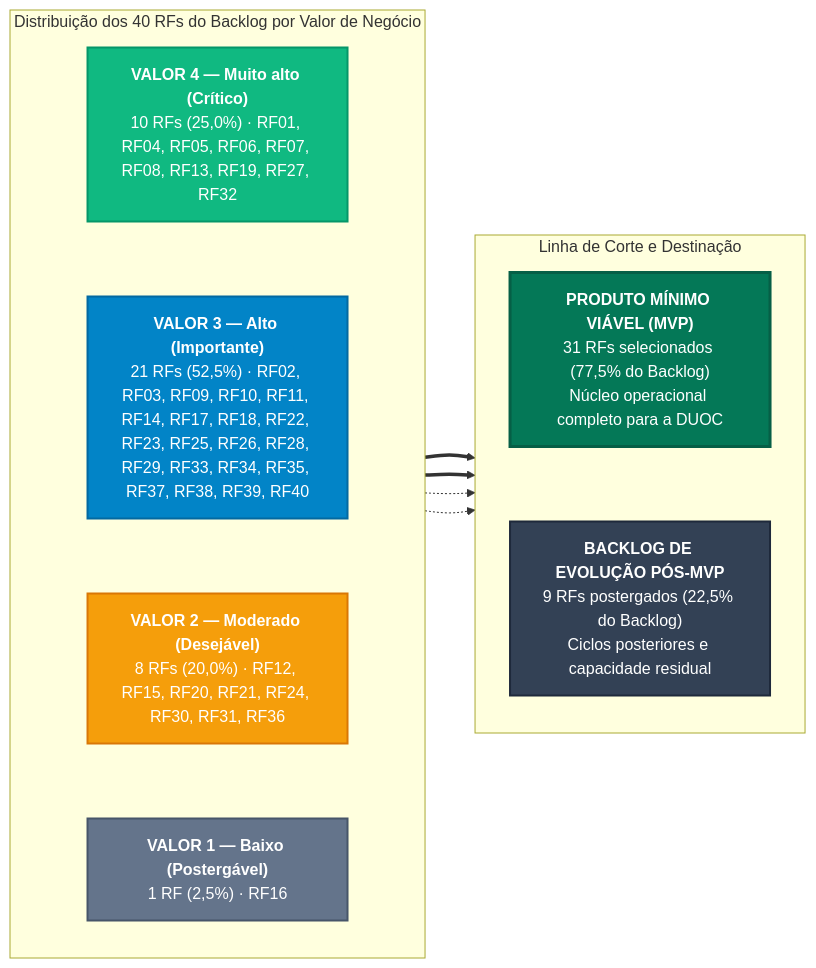
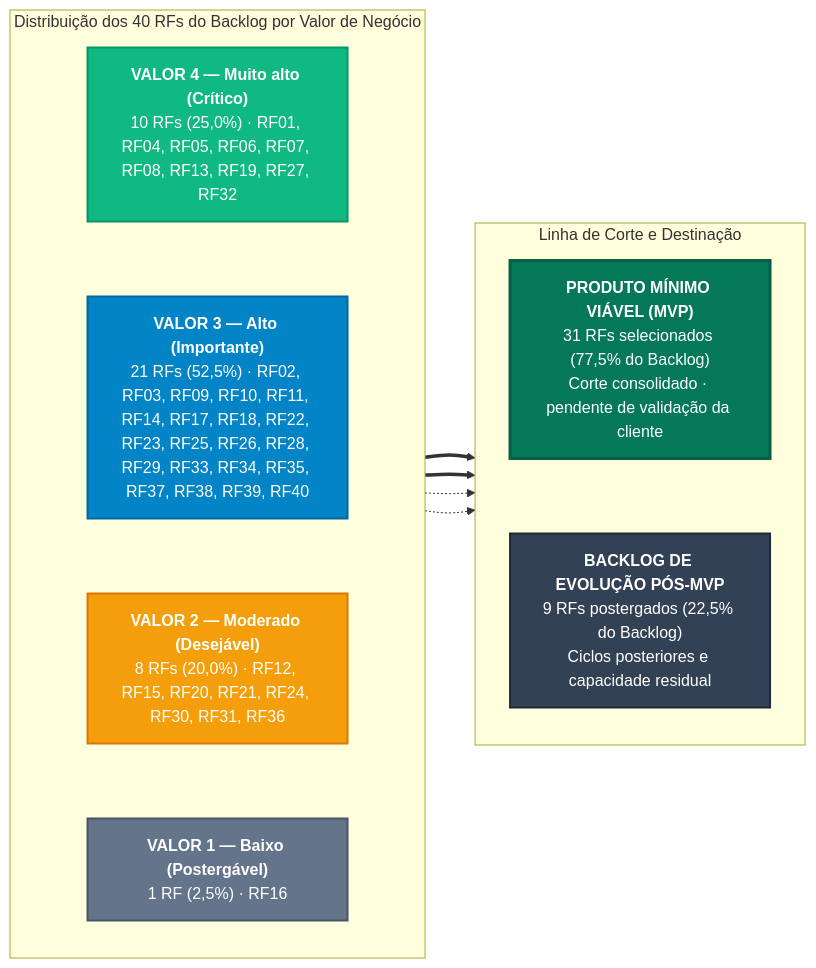
Before and after one commit to mdsreq-fga-unb/REQ-2026.2-T01-DUOC-Finance: the first of 2 diagrams in docs/requisitos/priorizacao.md, drawn with Mermaid. The commit also changed other lines of this file and 9 other files, not shown here.

````diff
--- a/docs/requisitos/priorizacao.md
+++ b/docs/requisitos/priorizacao.md
@@ -157,39 +157,39 @@
     ```mermaid
     flowchart LR
         subgraph NIVEIS["Distribuição dos 40 RFs do Backlog por Valor de Negócio"]
             direction TB
             V4["<b>VALOR 4 — Muito alto (Crítico)</b><br>10 RFs (25,0%) · RF01, RF04, RF05, RF06, RF07, RF08, RF13, RF19, RF27, RF32"]
             V3["<b>VALOR 3 — Alto (Importante)</b><br>21 RFs (52,5%) · RF02, RF03, RF09, RF10, RF11, RF14, RF17, RF18, RF22, RF23, RF25, RF26, RF28, RF29, RF33, RF34, RF35, RF37, RF38, RF39, RF40"]
             V2["<b>VALOR 2 — Moderado (Desejável)</b><br>8 RFs (20,0%) · RF12, RF15, RF20, RF21, RF24, RF30, RF31, RF36"]
             V1["<b>VALOR 1 — Baixo (Postergável)</b><br>1 RF (2,5%) · RF16"]
             V4 ~~~ V3
             V3 ~~~ V2
             V2 ~~~ V1
         end
 
         subgraph DEST["Linha de Corte e Destinação"]
             direction TB
-            MVP["<b>PRODUTO MÍNIMO VIÁVEL (MVP)</b><br>31 RFs selecionados (77,5% do Backlog)<br>Núcleo operacional completo para a DUOC"]
+            MVP["<b>PRODUTO MÍNIMO VIÁVEL (MVP)</b><br>31 RFs selecionados (77,5% do Backlog)<br>Corte consolidado · pendente de validação da cliente"]
             POST["<b>BACKLOG DE EVOLUÇÃO PÓS-MVP</b><br>9 RFs postergados (22,5% do Backlog)<br>Ciclos posteriores e capacidade residual"]
             MVP ~~~ POST
         end
 
         V4 ==> MVP
         V3 ==> MVP
         V2 -.-> POST
         V1 -.-> POST
 
         classDef v4Class fill:#10b981,stroke:#059669,stroke-width:2px,color:#ffffff;
         classDef v3Class fill:#0284c7,stroke:#0369a1,stroke-width:2px,color:#ffffff;
         classDef v2Class fill:#f59e0b,stroke:#d97706,stroke-width:2px,color:#ffffff;
         classDef v1Class fill:#64748b,stroke:#475569,stroke-width:2px,color:#ffffff;
         classDef mvpClass fill:#047857,stroke:#065f46,stroke-width:3px,color:#ffffff;
         classDef postClass fill:#334155,stroke:#1e293b,stroke-width:2px,color:#ffffff;
 
         class V4 v4Class;
         class V3 v3Class;
         class V2 v2Class;
         class V1 v1Class;
         class MVP mvpClass;
         class POST postClass;
     ```
````
